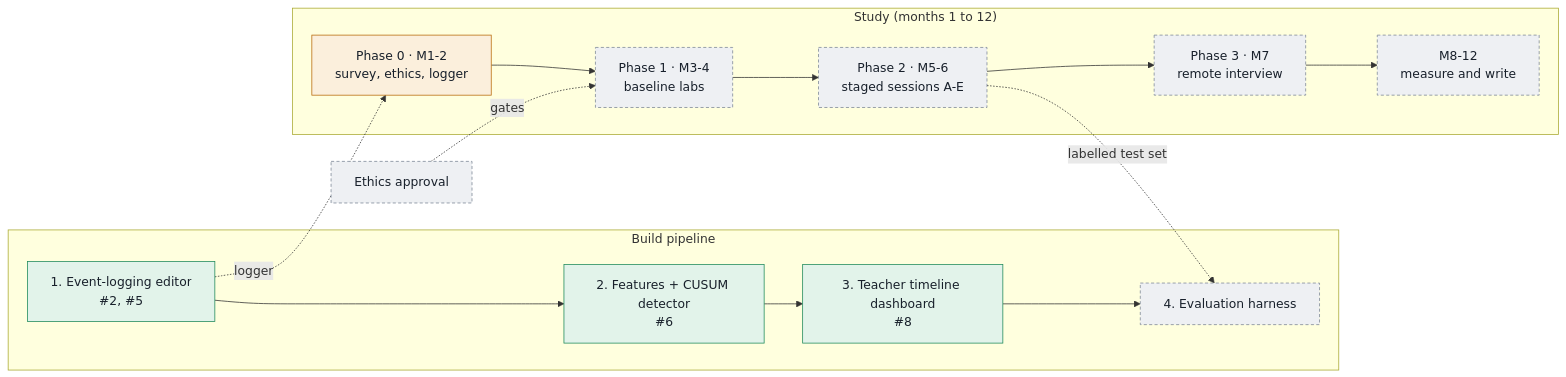
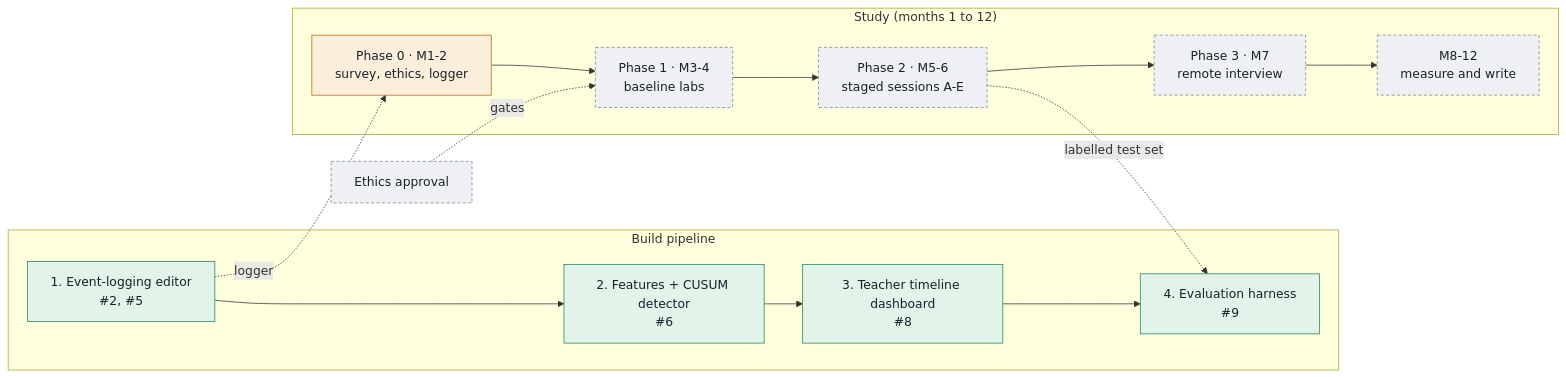
One commit to codehamster69/student-ide changed the diagram in thesis/progress/STATUS.md. Above: the diagram before and after it, drawn with Mermaid. The commit also changed other lines of this file and 2 other files, not shown here.

First line of the commit message:
Progress diagram: step 4 evaluation harness done (#9)

````diff
--- a/thesis/progress/STATUS.md
+++ b/thesis/progress/STATUS.md
@@ -14,21 +14,21 @@
 ```mermaid
 flowchart LR
   classDef done fill:#e2f3ea,stroke:#1f8a5b,color:#18202b
   classDef prog fill:#fbefdc,stroke:#b86a0b,color:#18202b
   classDef pend fill:#eef0f3,stroke:#7c8696,stroke-dasharray:4 3,color:#18202b
 
   subgraph Build["Build pipeline"]
     B1["1. Event-logging editor<br/>#2, #5"]:::done --> B2["2. Features + CUSUM detector<br/>#6"]:::done
-    B2 --> B3["3. Teacher timeline dashboard<br/>#8"]:::done --> B4["4. Evaluation harness"]:::pend
+    B2 --> B3["3. Teacher timeline dashboard<br/>#8"]:::done --> B4["4. Evaluation harness<br/>#9"]:::done
   end
 
   subgraph Study["Study (months 1 to 12)"]
     P0["Phase 0 · M1-2<br/>survey, ethics, logger"]:::prog --> P1["Phase 1 · M3-4<br/>baseline labs"]:::pend
     P1 --> P2["Phase 2 · M5-6<br/>staged sessions A-E"]:::pend --> P3["Phase 3 · M7<br/>remote interview"]:::pend
     P3 --> W["M8-12<br/>measure and write"]:::pend
   end
 
   E["Ethics approval"]:::pend -. gates .-> P1
   B1 -. logger .-> P0
   P2 -. labelled test set .-> B4
 ```
````
